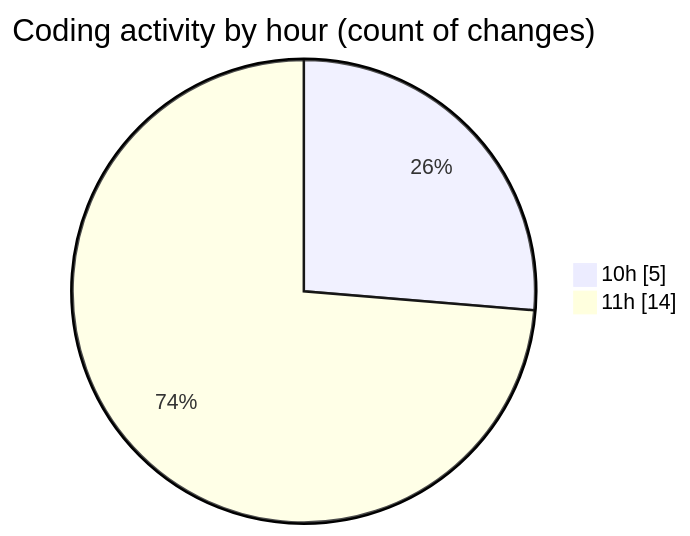
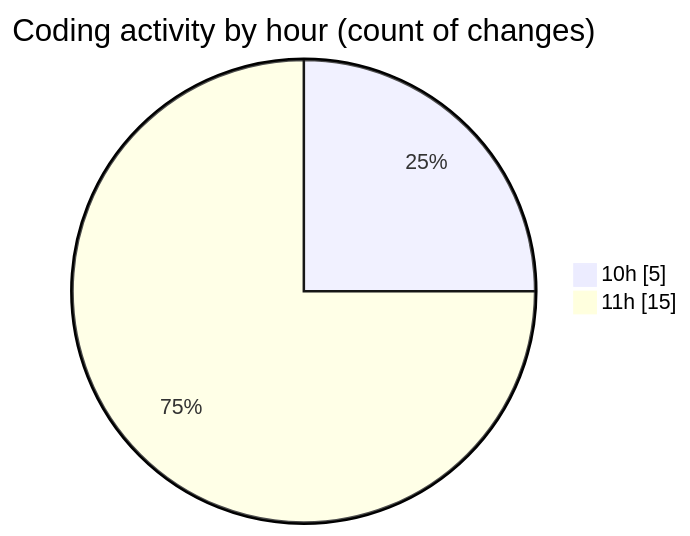
The second of 2 diagrams in 2025-05-05/ecodeli/README.md (CELIANVF/code-tracking), drawn with Mermaid before and after one commit. The commit also changed other lines of this file and 1 other file, not shown here.

````diff
--- a/2025-05-05/ecodeli/README.md
+++ b/2025-05-05/ecodeli/README.md
@@ -38,6 +39,6 @@
 ```mermaid
 pie showData
 title Coding activity by hour (count of changes)
 "10h" : 5
-"11h" : 14
+"11h" : 15
 ```
````
